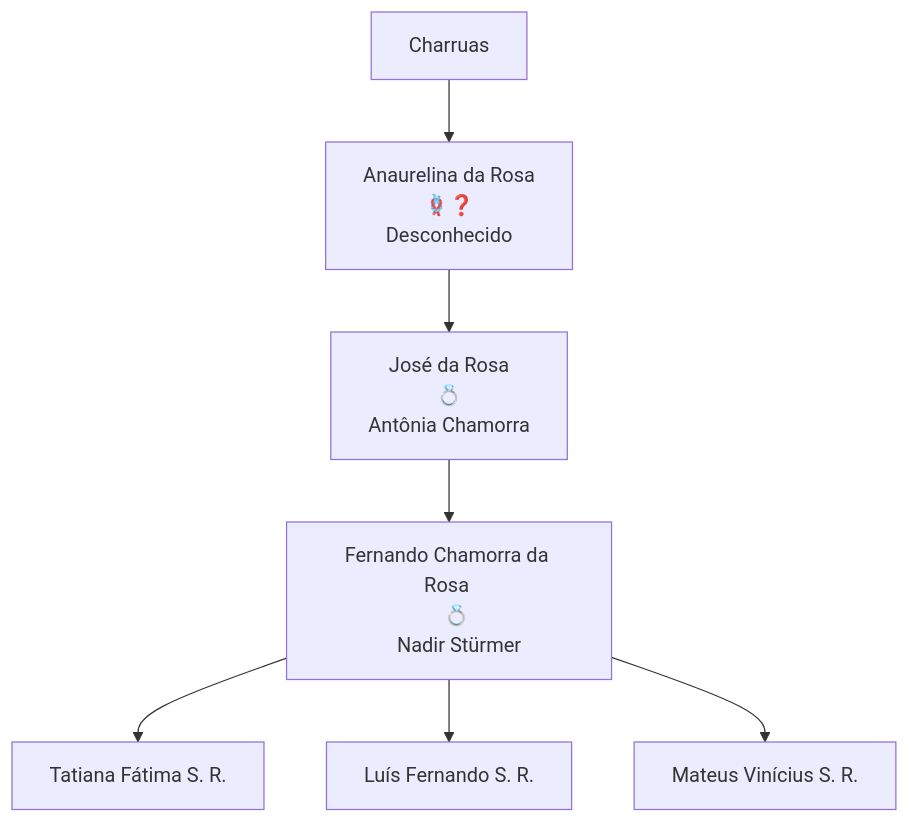
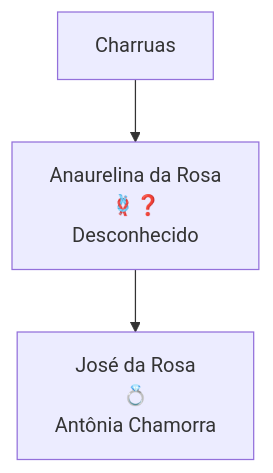
Before and after one commit to luisfsr/luisfsr.github.io: the first of 2 diagrams in docs/genealogia.md, drawn with Mermaid. The commit also changed other lines of this file, not shown here.

````diff
--- a/docs/genealogia.md
+++ b/docs/genealogia.md
@@ -33,15 +33,9 @@
 ```mermaid
 graph TD
     Charruas --> A
     A[Anaurelina da Rosa
     🪢❓
     Desconhecido] --> B[José da Rosa 
     💍 
     Antônia Chamorra]
-    B --> D[Fernando Chamorra da Rosa 
-    💍 
-    Nadir Stürmer]
-    D --> E[Tatiana Fátima S. R.]
-    D --> F[Luís Fernando S. R.]
-    D --> G[Mateus Vinícius S. R.]
 ```
````
